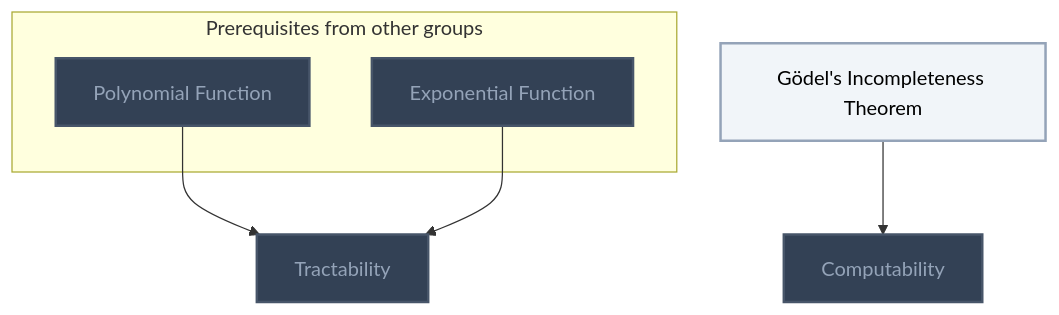
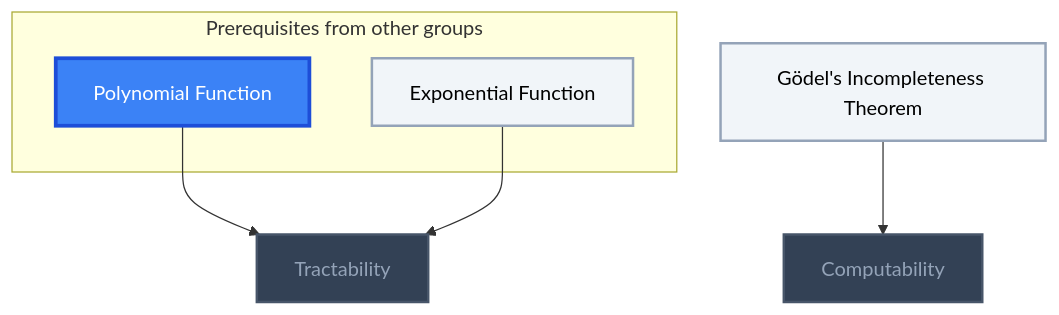
One commit to MRauf1/My-Notes changed the seventh of 10 diagrams in Gamification/Skill Trees/Theoretical Computer Science.md. Above: the diagram before and after it, drawn with Mermaid. The commit also changed other lines of this file and 156 other files, not shown here.

````diff
--- a/Gamification/Skill Trees/Theoretical Computer Science.md
+++ b/Gamification/Skill Trees/Theoretical Computer Science.md
@@ -314,25 +320,26 @@
 ```mermaid
 flowchart TD
     classDef planned fill:#1E293B,stroke:#64748B,stroke-width:2px,stroke-dasharray:5 5,color:#94A3B8;
     classDef locked fill:#334155,stroke:#475569,stroke-width:2px,color:#94A3B8;
     classDef L0 fill:#F1F5F9,stroke:#94A3B8,stroke-width:2px,color:#000000;
     classDef L1 fill:#22C55E,stroke:#15803D,stroke-width:2px,color:#000000;
     classDef L2 fill:#3B82F6,stroke:#1D4ED8,stroke-width:3px,color:#FFFFFF;
     classDef L3 fill:#A855F7,stroke:#6B21A8,stroke-width:3px,color:#FFFFFF,font-weight:bold;
     classDef L4 fill:#F97316,stroke:#C2410C,stroke-width:4px,color:#000000,font-weight:bold;
     classDef L5 fill:#FFD700,stroke:#FF8C00,stroke-width:5px,color:#000000,font-weight:bold;
     classDef rusty stroke:#8B4513,stroke-width:4px,stroke-dasharray:3 3;
     subgraph sg_prereqs["Prerequisites from other groups"]
         n_polynomial_function["Polynomial Function"]
         n_exponential_function["Exponential Function"]
     end
     n_g_del_s_incompleteness_theorem["Gödel's Incompleteness Theorem"]
     n_computability["Computability"]
     n_tractability["Tractability"]
     n_g_del_s_incompleteness_theorem --> n_computability
     n_polynomial_function --> n_tractability
     n_exponential_function --> n_tractability
-    class n_polynomial_function,n_exponential_function,n_computability,n_tractability locked;
-    class n_g_del_s_incompleteness_theorem L0;
+    class n_computability,n_tractability locked;
+    class n_exponential_function,n_g_del_s_incompleteness_theorem L0;
+    class n_polynomial_function L2;
     class n_polynomial_function,n_exponential_function,n_g_del_s_incompleteness_theorem,n_computability,n_tractability internal-link;
 ```
````
